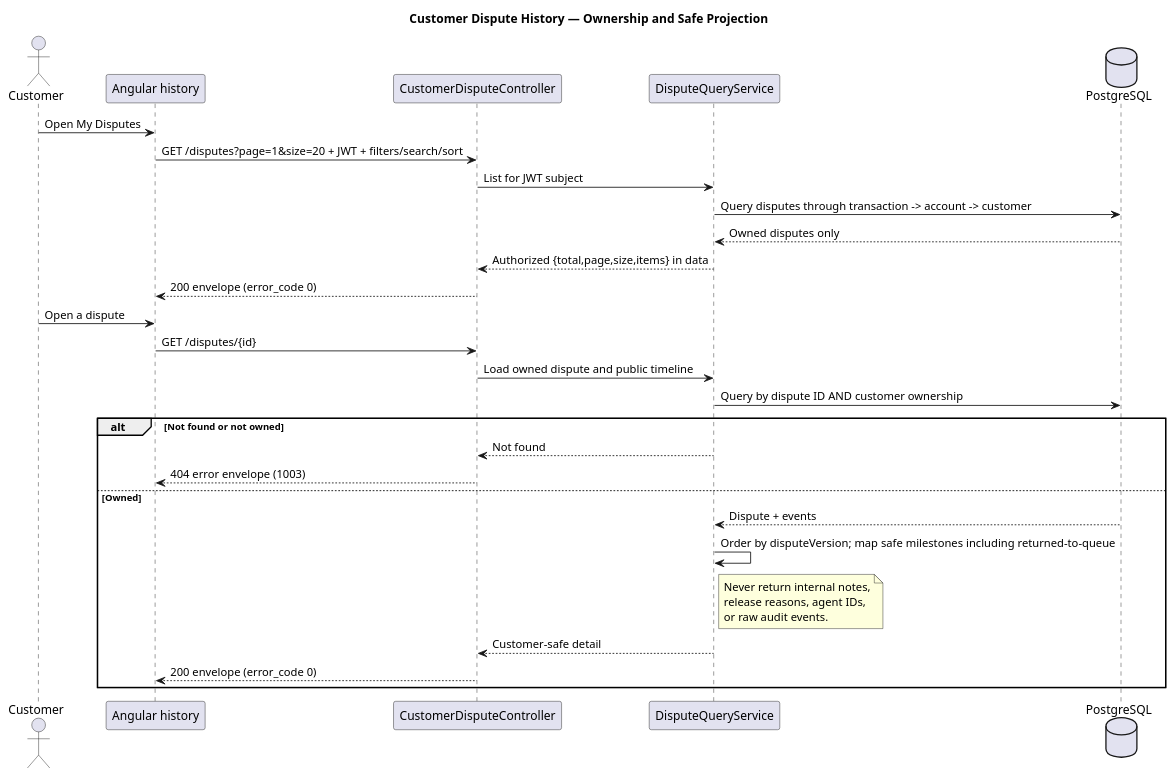
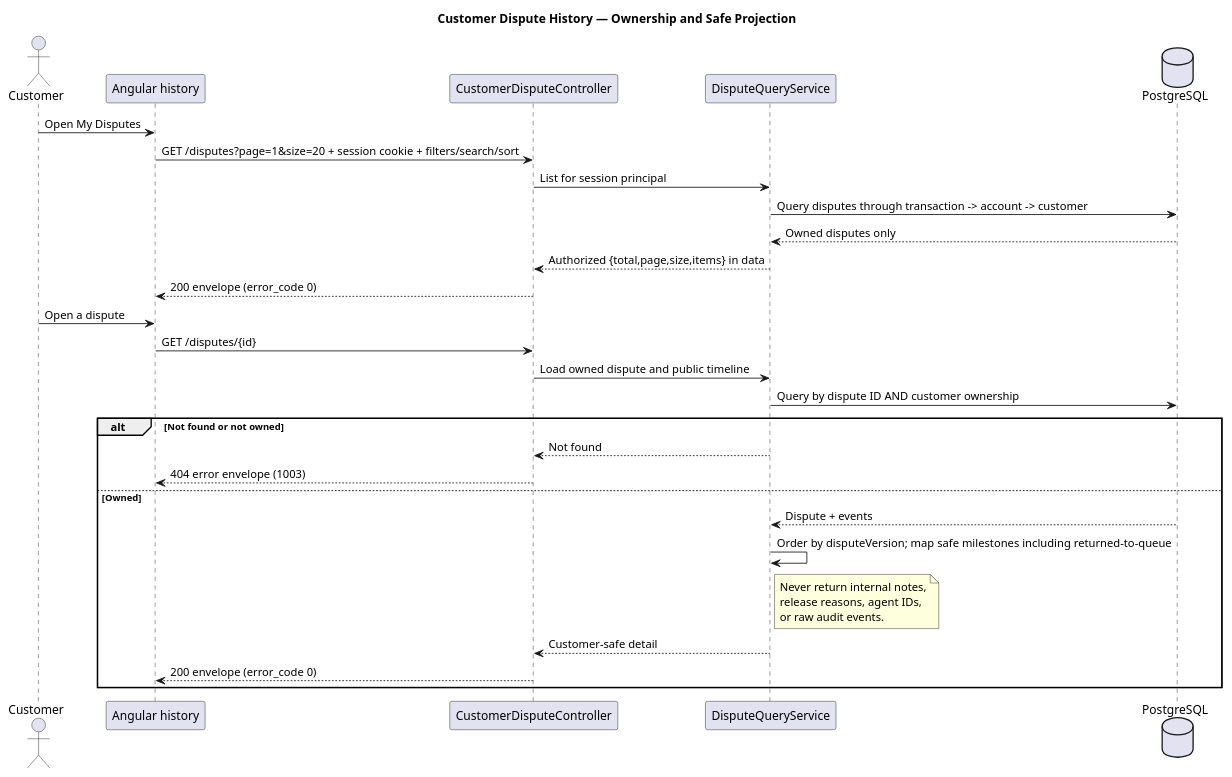
One commit to DonaldMbara/transaction-dispute-portal changed the diagram in docs/design/plantuml/customer-history.puml. Above: the diagram before and after it, drawn with PlantUML. The commit also changed 27 other files, not shown here.

Commit message:
docs: align architecture with session-based authentication

```diff
--- a/docs/design/plantuml/customer-history.puml
+++ b/docs/design/plantuml/customer-history.puml
@@ -1,33 +1,33 @@
 @startuml
 title Customer Dispute History — Ownership and Safe Projection
 actor Customer
 participant "Angular history" as UI
 participant "CustomerDisputeController" as C
 participant "DisputeQueryService" as S
 database PostgreSQL as DB
 Customer -> UI : Open My Disputes
-UI -> C : GET /disputes?page=1&size=20 + JWT + filters/search/sort
-C -> S : List for JWT subject
+UI -> C : GET /disputes?page=1&size=20 + session cookie + filters/search/sort
+C -> S : List for session principal
 S -> DB : Query disputes through transaction -> account -> customer
 DB --> S : Owned disputes only
 S --> C : Authorized {total,page,size,items} in data
 C --> UI : 200 envelope (error_code 0)
 Customer -> UI : Open a dispute
 UI -> C : GET /disputes/{id}
 C -> S : Load owned dispute and public timeline
 S -> DB : Query by dispute ID AND customer ownership
 alt Not found or not owned
   S --> C : Not found
   C --> UI : 404 error envelope (1003)
 else Owned
   DB --> S : Dispute + events
   S -> S : Order by disputeVersion; map safe milestones including returned-to-queue
   note right of S
   Never return internal notes,
   release reasons, agent IDs,
   or raw audit events.
   end note
   S --> C : Customer-safe detail
   C --> UI : 200 envelope (error_code 0)
 end
 @enduml
```
